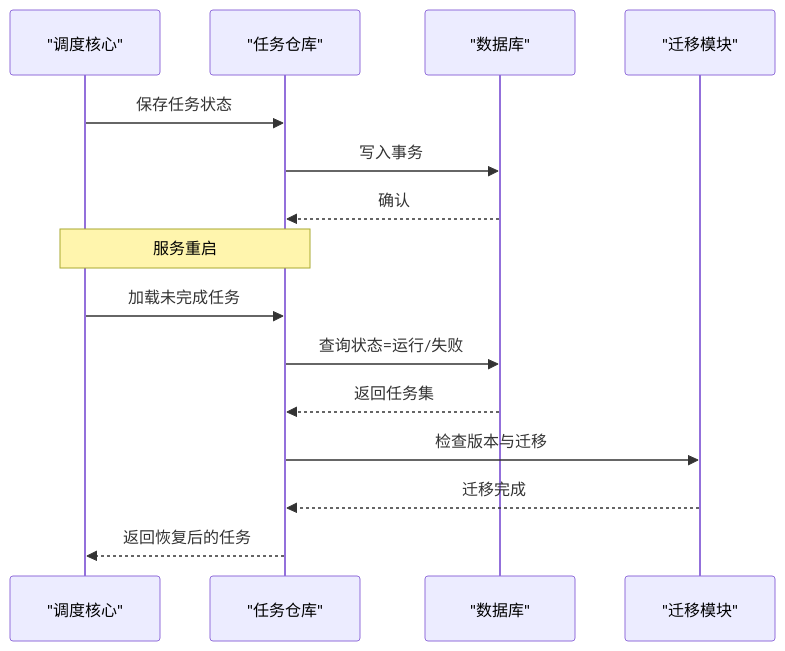
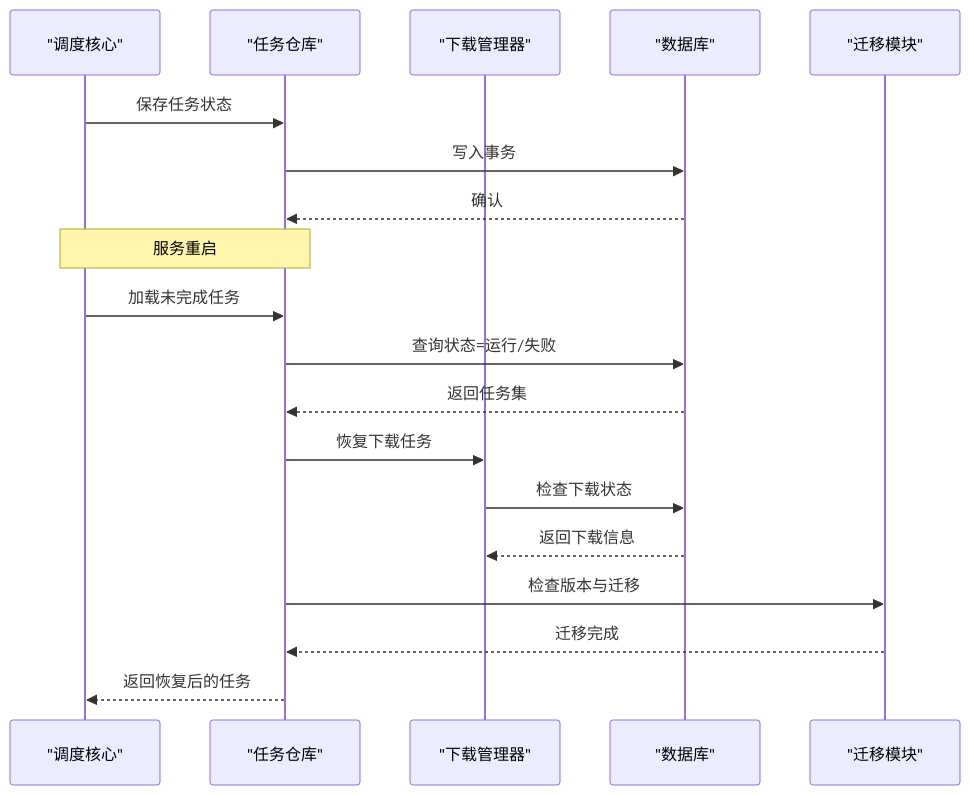
The seventh of 8 diagrams in .qoder/repowiki/zh/content/架构设计/分层架构设计/业务逻辑层/任务调度.md (ZhangGHGitHub/LegadoTeamFlutter), drawn with Mermaid before and after one commit. The commit also changed other lines of this file and 66 other files, not shown here.

````diff
--- a/.qoder/repowiki/zh/content/架构设计/分层架构设计/业务逻辑层/任务调度.md
+++ b/.qoder/repowiki/zh/content/架构设计/分层架构设计/业务逻辑层/任务调度.md
@@ -265,17 +270,21 @@
 ```mermaid
 sequenceDiagram
 participant Core as "调度核心"
 participant Repo as "任务仓库"
+participant Download as "下载管理器"
 participant DB as "数据库"
 participant Mig as "迁移模块"
 Core->>Repo : 保存任务状态
 Repo->>DB : 写入事务
 DB-->>Repo : 确认
 Note over Core,Repo : 服务重启
 Core->>Repo : 加载未完成任务
 Repo->>DB : 查询状态=运行/失败
 DB-->>Repo : 返回任务集
+Repo->>Download : 恢复下载任务
+Download->>DB : 检查下载状态
+DB-->>Download : 返回下载信息
 Repo->>Mig : 检查版本与迁移
 Mig-->>Repo : 迁移完成
 Repo-->>Core : 返回恢复后的任务
 ```
````
